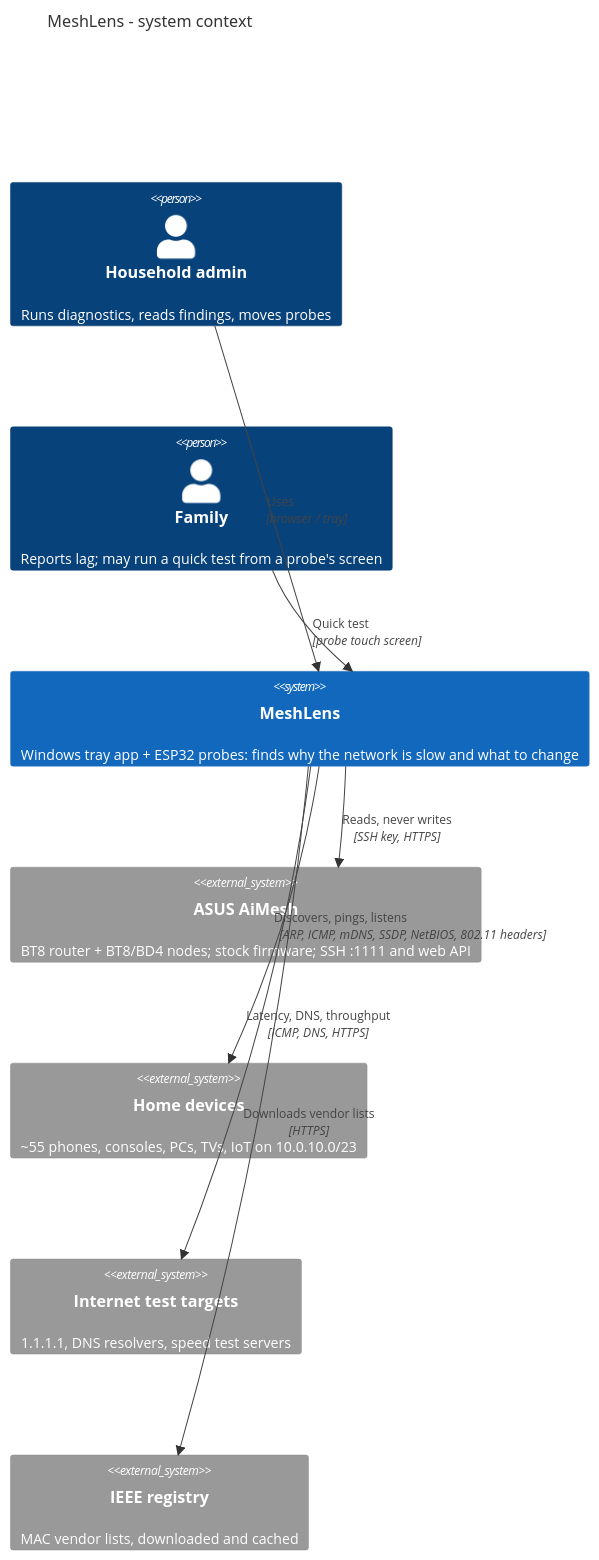
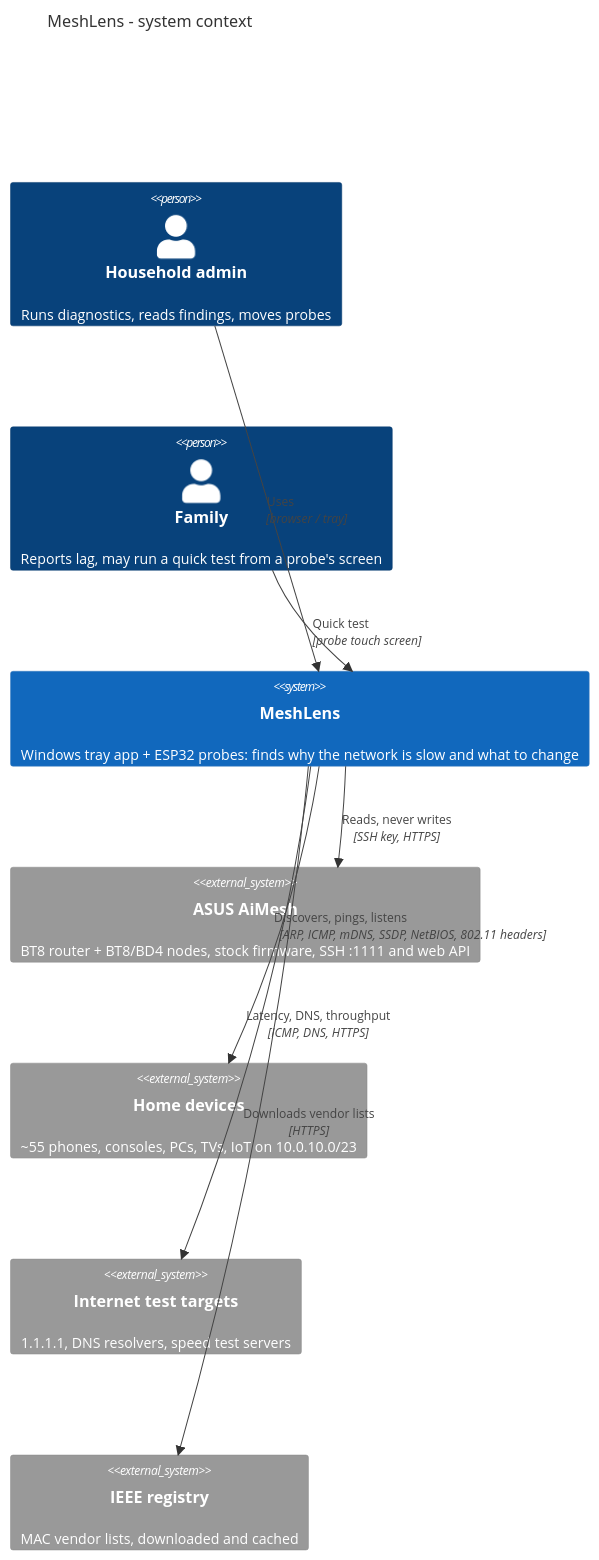
One commit to markbac/homenetworkdiag changed the first of 5 diagrams in docs/03-architecture.md. Above: the diagram before and after it, drawn with Mermaid. The commit also changed other lines of this file and 4 other files, not shown here.

First line of the commit message:
Spec: network inventory, services, ports, exposure/NAT, security hygiene, ISP health, topology; fix mermaid parse errors

````diff
--- a/docs/03-architecture.md
+++ b/docs/03-architecture.md
@@ -7,17 +7,17 @@
 ```mermaid
 C4Context
   title MeshLens - system context
   Person(admin, "Household admin", "Runs diagnostics, reads findings, moves probes")
-  Person(family, "Family", "Reports lag; may run a quick test from a probe's screen")
+  Person(family, "Family", "Reports lag, may run a quick test from a probe's screen")
   System(hnd, "MeshLens", "Windows tray app + ESP32 probes: finds why the network is slow and what to change")
-  System_Ext(asus, "ASUS AiMesh", "BT8 router + BT8/BD4 nodes; stock firmware; SSH :1111 and web API")
+  System_Ext(asus, "ASUS AiMesh", "BT8 router + BT8/BD4 nodes, stock firmware, SSH :1111 and web API")
   System_Ext(lan, "Home devices", "~55 phones, consoles, PCs, TVs, IoT on 10.0.10.0/23")
   System_Ext(inet, "Internet test targets", "1.1.1.1, DNS resolvers, speed test servers")
   System_Ext(ieee, "IEEE registry", "MAC vendor lists, downloaded and cached")
   Rel(admin, hnd, "Uses", "browser / tray")
   Rel(family, hnd, "Quick test", "probe touch screen")
   Rel(hnd, asus, "Reads, never writes", "SSH key, HTTPS")
   Rel(hnd, lan, "Discovers, pings, listens", "ARP, ICMP, mDNS, SSDP, NetBIOS, 802.11 headers")
   Rel(hnd, inet, "Latency, DNS, throughput", "ICMP, DNS, HTTPS")
   Rel(hnd, ieee, "Downloads vendor lists", "HTTPS")
 ```
````
